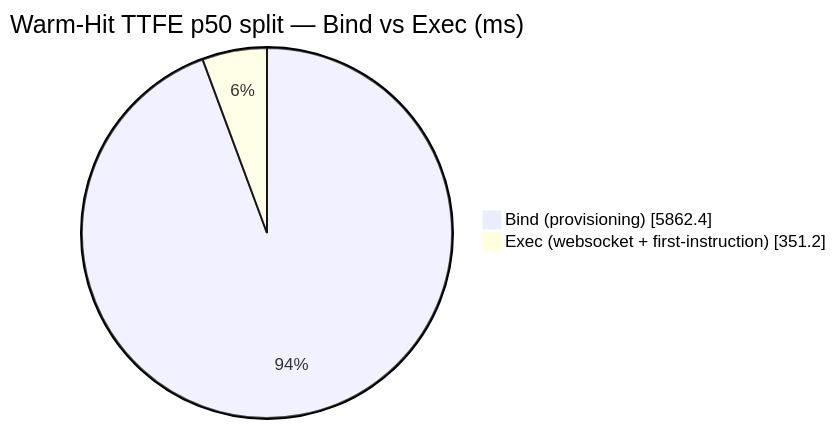
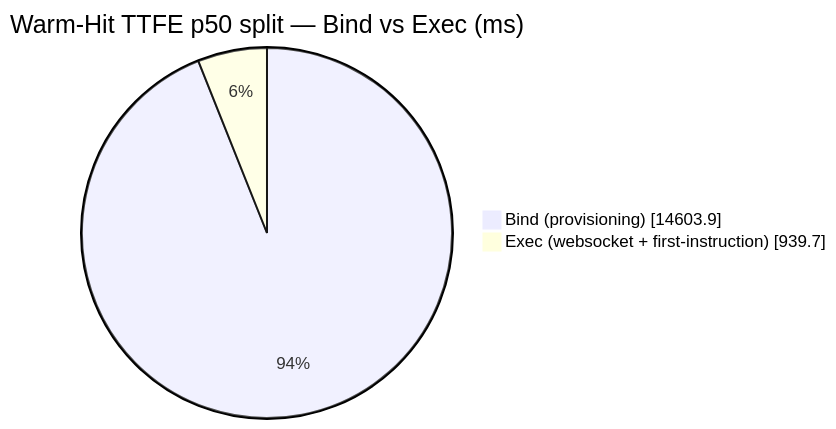
Before and after one commit to AlexBulankou/honest-bench: the diagram in DETAILS.md, drawn with Mermaid. The commit also changed other lines of this file and 4 other files, not shown here.

````diff
--- a/DETAILS.md
+++ b/DETAILS.md
@@ -106,6 +107,6 @@
 ```mermaid
 pie showData
     title Warm-Hit TTFE p50 split — Bind vs Exec (ms)
-    "Bind (provisioning)" : 5862.4
-    "Exec (websocket + first-instruction)" : 351.2
+    "Bind (provisioning)" : 14603.9
+    "Exec (websocket + first-instruction)" : 939.7
 ```
````
